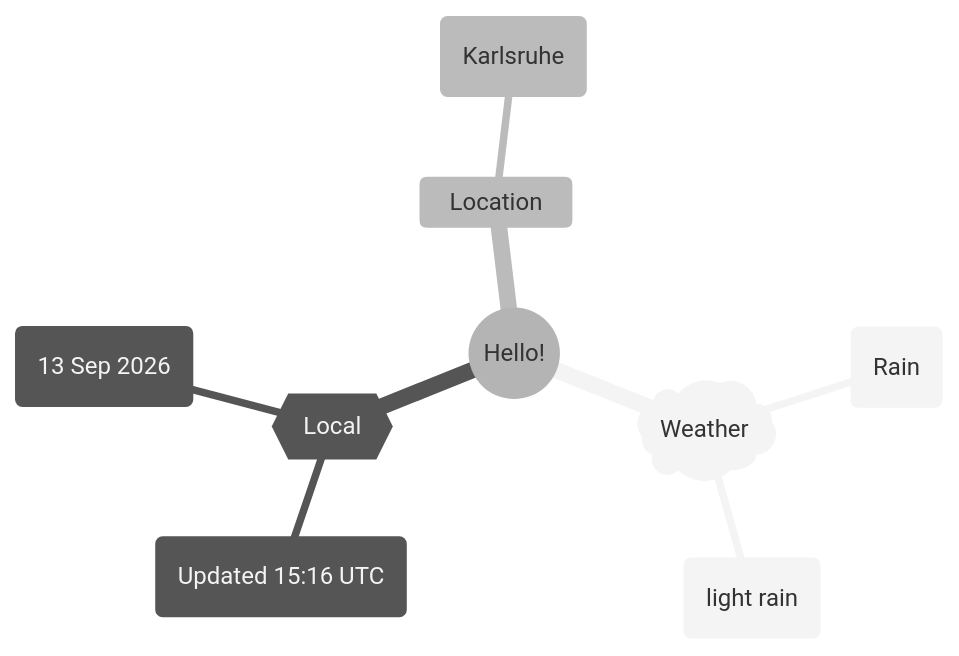
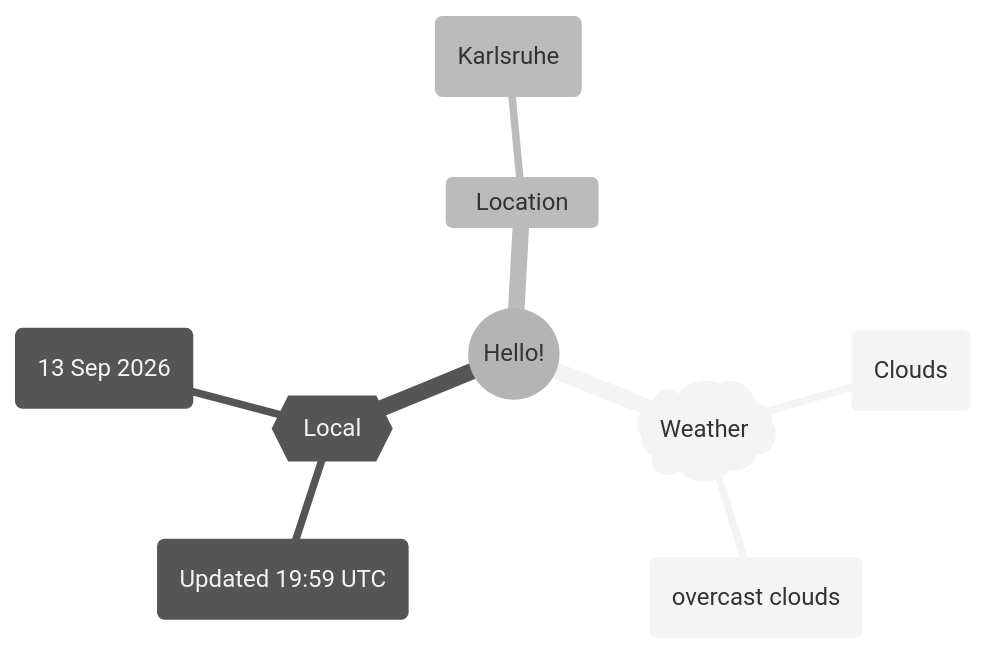
One commit to Xosrov/Xosrov changed the first of 2 diagrams in README.md. Above: the diagram before and after it, drawn with Mermaid (neutral theme).

Commit message:
[bot] updated images

````diff
--- a/README.md
+++ b/README.md
@@ -3,12 +3,12 @@
 ```mermaid
 mindmap
   root((Hello!))
     )Weather(
-        (Rain)
-        (light rain)
+        (Clouds)
+        (overcast clouds)
     {{Local}}
-        (Updated 15:16 UTC)
+        (Updated 19:59 UTC)
         (13 Sep 2026)
     Location
         (Karlsruhe)
 ```
````
